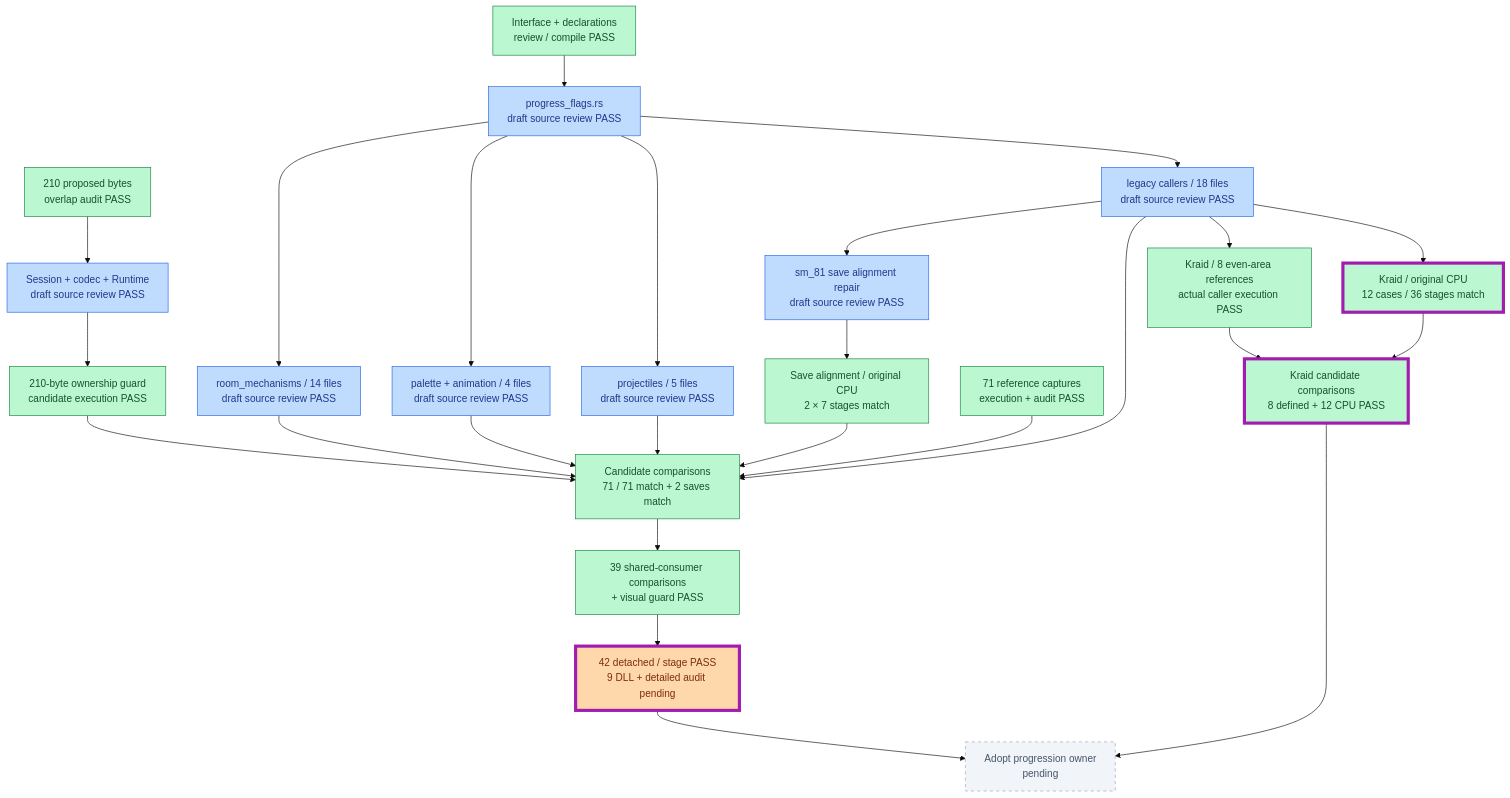
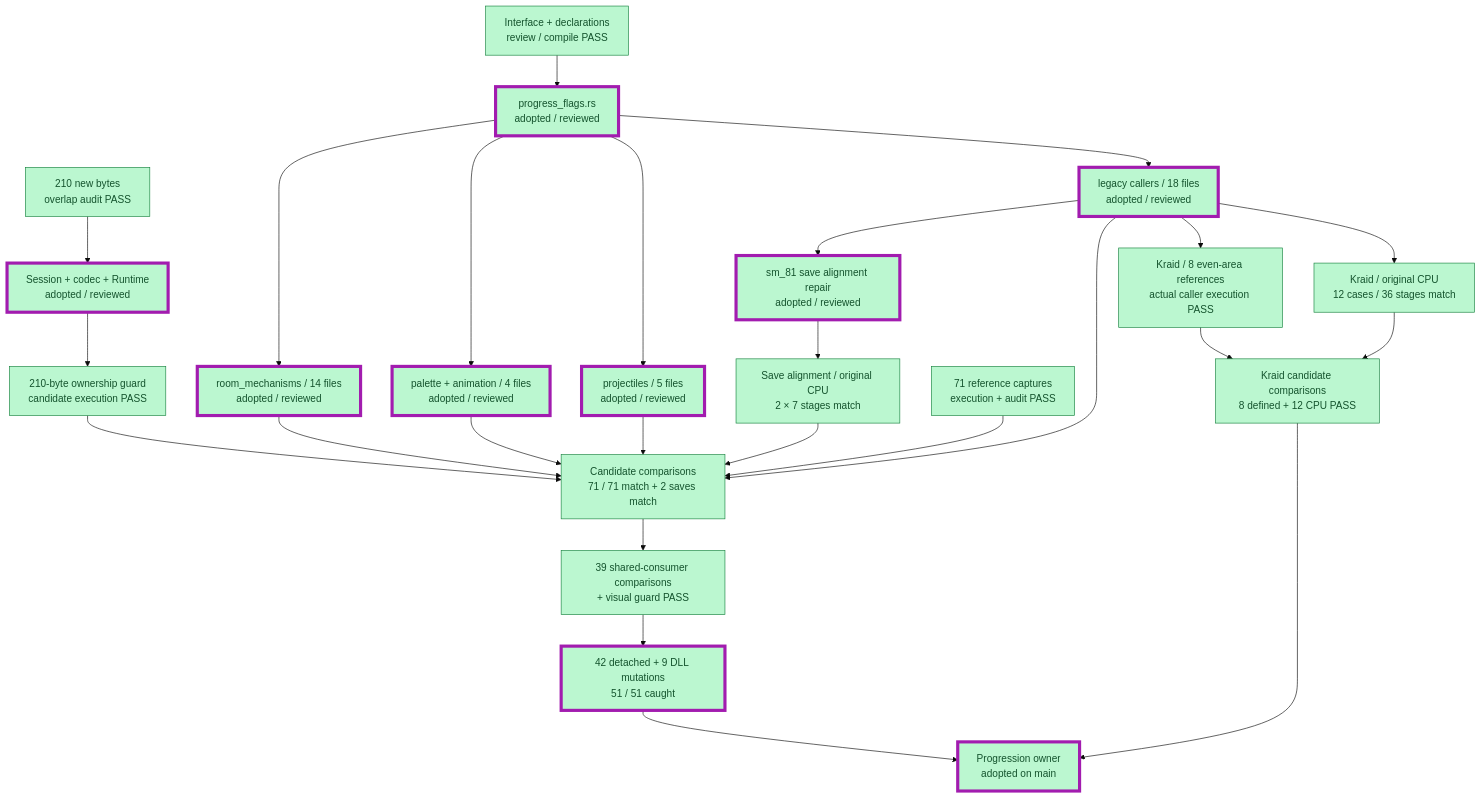
The third of 20 diagrams in PROGRESS.md (JimLundin/sm-decomp), drawn with Mermaid (base theme) before and after one commit. The commit also changed other lines of this file and 86 other files, not shown here.

````diff
--- a/PROGRESS.md
+++ b/PROGRESS.md
@@ -26,35 +42,35 @@
 ```mermaid
 flowchart TB
     FCONTRACT["Interface + declarations<br/>review / compile PASS"]:::done
-    FUNION["210 proposed bytes<br/>overlap audit PASS"]:::done
-    FCONTRACT --> FCORE["progress_flags.rs<br/>draft source review PASS"]:::draft
-    FUNION --> FCODEC["Session + codec + Runtime<br/>draft source review PASS"]:::draft
-    FCORE --> FPLM["room_mechanisms / 14 files<br/>draft source review PASS"]:::draft
-    FCORE --> FVIS["palette + animation / 4 files<br/>draft source review PASS"]:::draft
-    FCORE --> FEPR["projectiles / 5 files<br/>draft source review PASS"]:::draft
-    FCORE --> FLEG["legacy callers / 18 files<br/>draft source review PASS"]:::draft
-    FLEG --> FSAVE["sm_81 save alignment repair<br/>draft source review PASS"]:::draft
+    FUNION["210 new bytes<br/>overlap audit PASS"]:::done
+    FCONTRACT --> FCORE["progress_flags.rs<br/>adopted / reviewed"]:::done
+    FUNION --> FCODEC["Session + codec + Runtime<br/>adopted / reviewed"]:::done
+    FCORE --> FPLM["room_mechanisms / 14 files<br/>adopted / reviewed"]:::done
+    FCORE --> FVIS["palette + animation / 4 files<br/>adopted / reviewed"]:::done
+    FCORE --> FEPR["projectiles / 5 files<br/>adopted / reviewed"]:::done
+    FCORE --> FLEG["legacy callers / 18 files<br/>adopted / reviewed"]:::done
+    FLEG --> FSAVE["sm_81 save alignment repair<br/>adopted / reviewed"]:::done
     FSAVE --> FCPU["Save alignment / original CPU<br/>2 × 7 stages match"]:::done
     FCODEC --> FGUARD["210-byte ownership guard<br/>candidate execution PASS"]:::done
     FBASE["71 reference captures<br/>execution + audit PASS"]:::done --> FCHECK["Candidate comparisons<br/>71 / 71 match + 2 saves match"]:::done
     FPLM --> FCHECK
     FVIS --> FCHECK
     FEPR --> FCHECK
     FLEG --> FCHECK
     FCPU --> FCHECK
     FGUARD --> FCHECK
     FCHECK --> FSHARED["39 shared-consumer comparisons<br/>+ visual guard PASS"]:::done
     FLEG --> FKEVEN["Kraid / 8 even-area references<br/>actual caller execution PASS"]:::done
     FLEG --> FKODD["Kraid / original CPU<br/>12 cases / 36 stages match"]:::done
-    FSHARED --> FMUT["42 detached / stage PASS<br/>9 DLL + detailed audit pending"]:::active
+    FSHARED --> FMUT["42 detached + 9 DLL mutations<br/>51 / 51 caught"]:::done
     FKEVEN --> FKCOMPARE["Kraid candidate comparisons<br/>8 defined + 12 CPU PASS"]:::done
     FKODD --> FKCOMPARE
     FKCOMPARE --> FADOPT
-    FMUT --> FADOPT["Adopt progression owner<br/>pending"]:::pending
-    class FKODD,FKCOMPARE,FMUT changed
+    FMUT --> FADOPT["Progression owner<br/>adopted on main"]:::done
+    class FCORE,FCODEC,FPLM,FVIS,FEPR,FLEG,FSAVE,FMUT,FADOPT changed
     classDef done fill:#bbf7d0,stroke:#15803d,color:#14532d
     classDef draft fill:#bfdbfe,stroke:#2563eb,color:#1e3a8a
     classDef active fill:#fed7aa,stroke:#ea580c,color:#7c2d12
     classDef pending fill:#f1f5f9,stroke:#94a3b8,color:#475569,stroke-dasharray:5 5
     classDef changed stroke:#a21caf,stroke-width:5px
 ```
````
